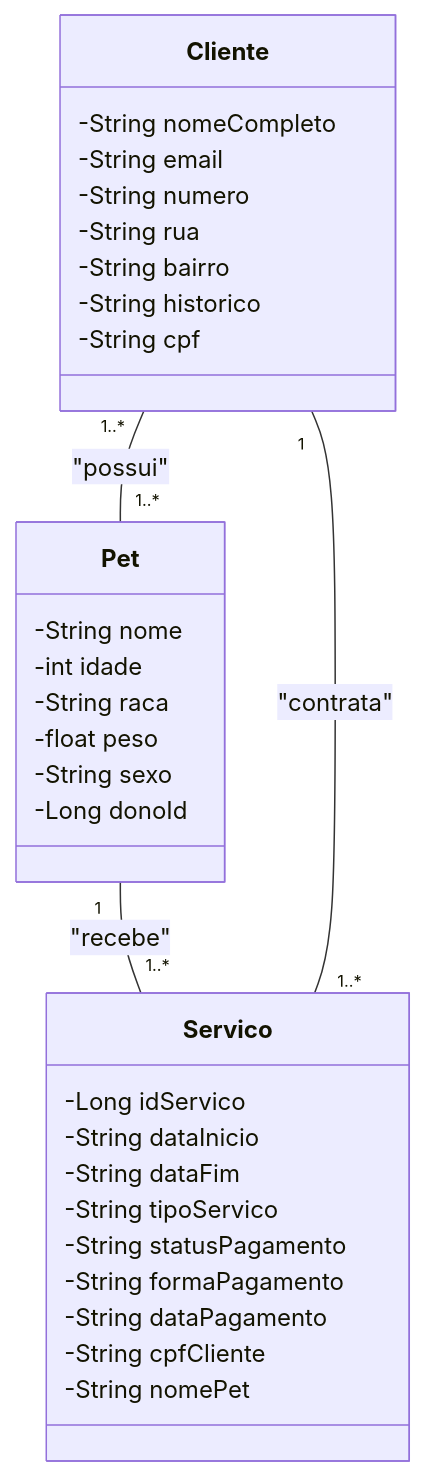
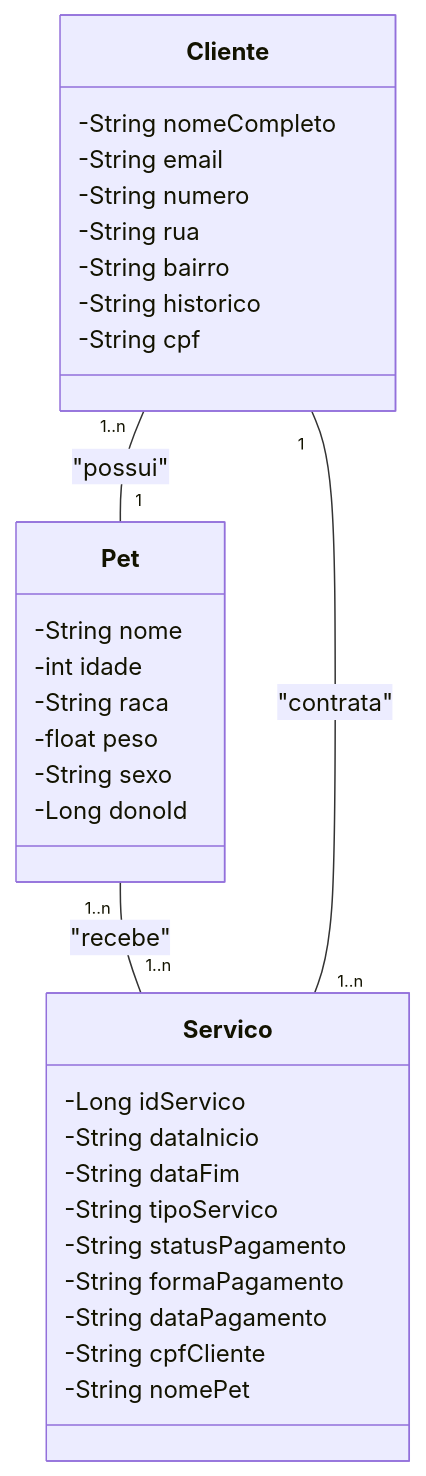
Before and after one commit to lucascalado0/minha-api-gestao: the diagram in README.md, drawn with Mermaid.

Commit message:
atualizando diagrama de classes do projeto

````diff
--- a/README.md
+++ b/README.md
@@ -6,38 +6,38 @@
 ```mermaid
 classDiagram
     class Cliente {
         -String nomeCompleto
         -String email
         -String numero
         -String rua
         -String bairro
         -String historico
         -String cpf
     }
 
     class Pet {
         -String nome
         -int idade
         -String raca
         -float peso
         -String sexo
         -Long donoId
     }
 
     class Servico {
         -Long idServico
         -String dataInicio
         -String dataFim
         -String tipoServico
         -String statusPagamento
         -String formaPagamento
         -String dataPagamento
         -String cpfCliente
         -String nomePet
     }
 
-    Cliente "1..*" -- "1..*" Pet : "possui"
-    Pet "1" -- "1..*" Servico : "recebe"
-    Cliente "1" -- "1..*" Servico : "contrata"
+    Cliente "1..n" -- "1" Pet : "possui"
+    Pet "1..n" -- "1..n" Servico : "recebe"
+    Cliente "1" -- "1..n" Servico : "contrata"
 
 ```
````
